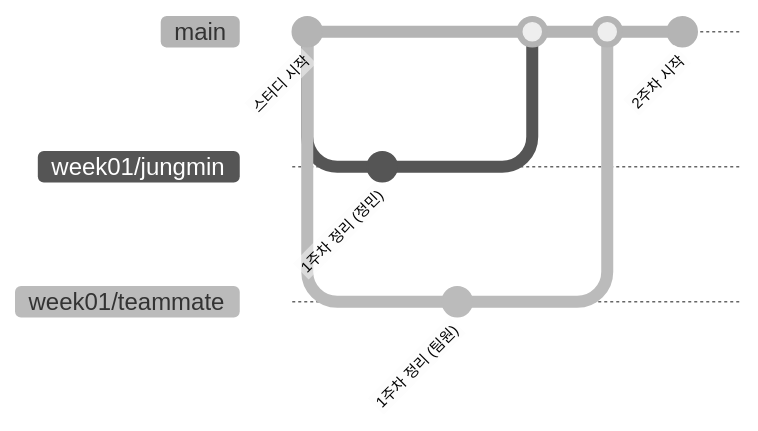
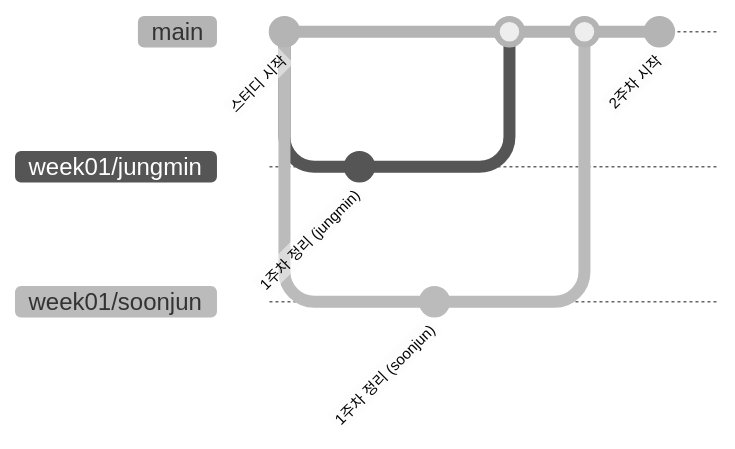
The second of 2 diagrams in README.md (soonjun1212-DGU/git_study), drawn with Mermaid (neutral theme) before and after one commit. The commit also changed other lines of this file and 5 other files, not shown here.

````diff
--- a/README.md
+++ b/README.md
@@ -62,13 +62,13 @@
 ```mermaid
 gitGraph
     commit id: "스터디 시작"
     branch week01/jungmin
-    commit id: "1주차 정리 (정민)"
+    commit id: "1주차 정리 (jungmin)"
     checkout main
-    branch week01/teammate
-    commit id: "1주차 정리 (팀원)"
+    branch week01/soonjun
+    commit id: "1주차 정리 (soonjun)"
     checkout main
     merge week01/jungmin
-    merge week01/teammate
+    merge week01/soonjun
     commit id: "2주차 시작"
 ```
````
